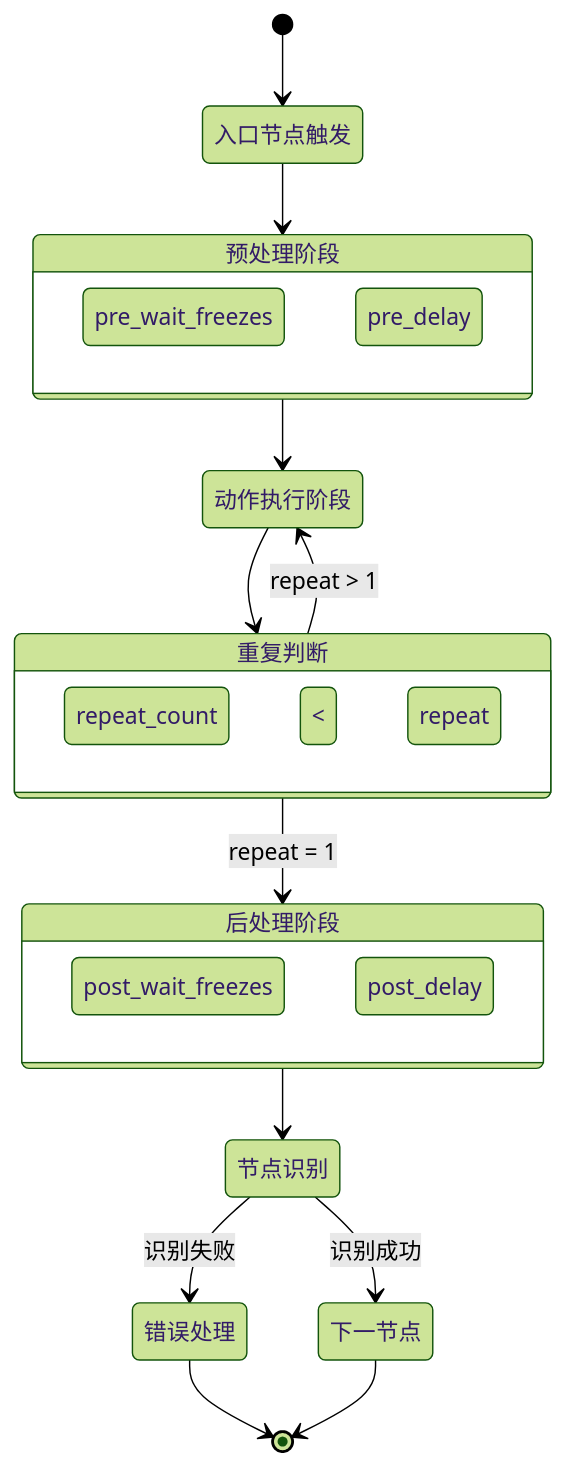
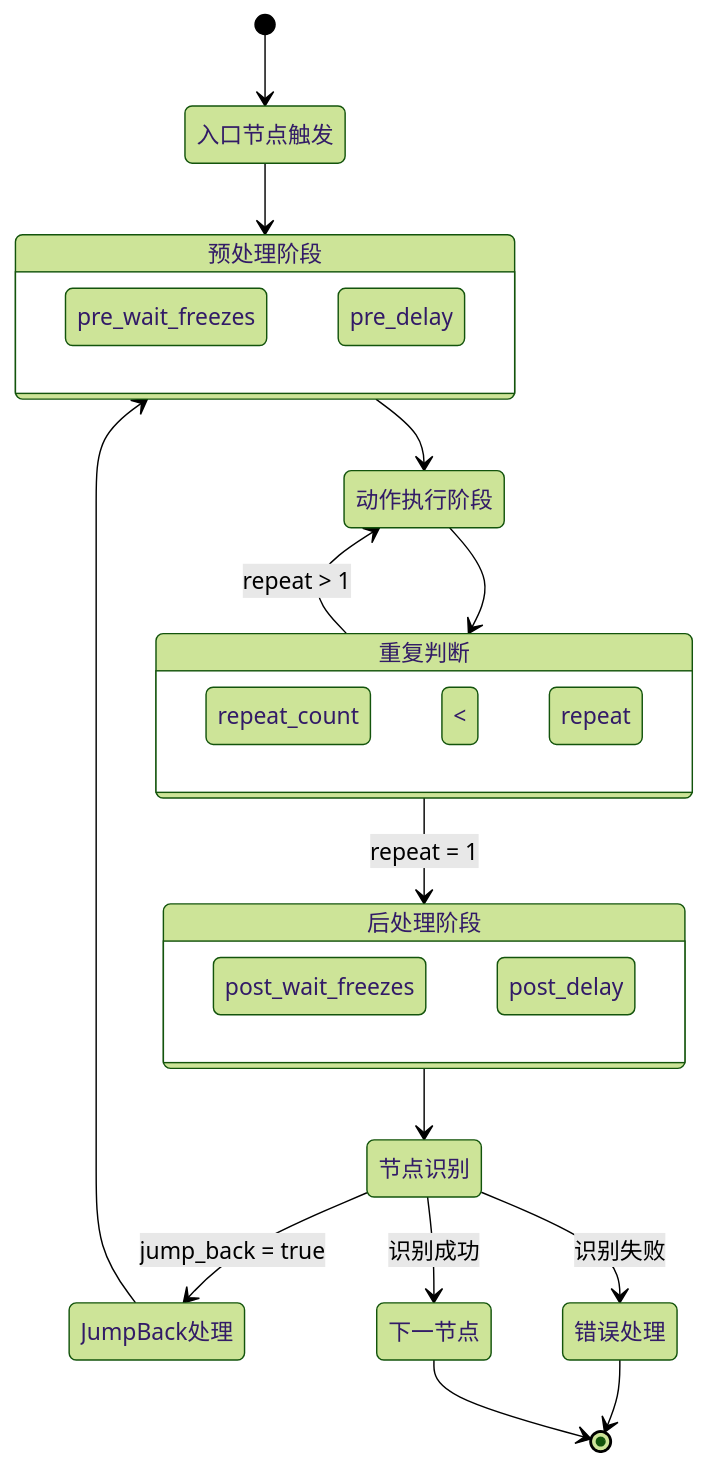
Before and after one commit to kqcoxn/MaaDuDuL: the diagram in .qoder/repowiki/zh/content/系统架构与设计/任务流水线架构/流水线执行引擎机制/流水线执行流程.md, drawn with Mermaid (forest theme). The commit also changed other lines of this file and 9 other files, not shown here.

````diff
--- a/.qoder/repowiki/zh/content/系统架构与设计/任务流水线架构/流水线执行引擎机制/流水线执行流程.md
+++ b/.qoder/repowiki/zh/content/系统架构与设计/任务流水线架构/流水线执行引擎机制/流水线执行流程.md
@@ -128,25 +162,27 @@
 ```mermaid
 stateDiagram-v2
 [*] --> 入口节点触发
 入口节点触发 --> 预处理阶段
 预处理阶段 --> 动作执行阶段
 动作执行阶段 --> 重复判断
 重复判断 --> 动作执行阶段 : repeat > 1
 重复判断 --> 后处理阶段 : repeat = 1
 后处理阶段 --> 节点识别
+节点识别 --> JumpBack处理 : jump_back = true
+JumpBack处理 --> 预处理阶段
 节点识别 --> 下一节点 : 识别成功
 节点识别 --> 错误处理 : 识别失败
 错误处理 --> [*]
 下一节点 --> [*]
 state 预处理阶段 {
 pre_wait_freezes
 pre_delay
 }
 state 后处理阶段 {
 post_wait_freezes
 post_delay
 }
 state 重复判断 {
 repeat_count < repeat
 }
 ```
````
